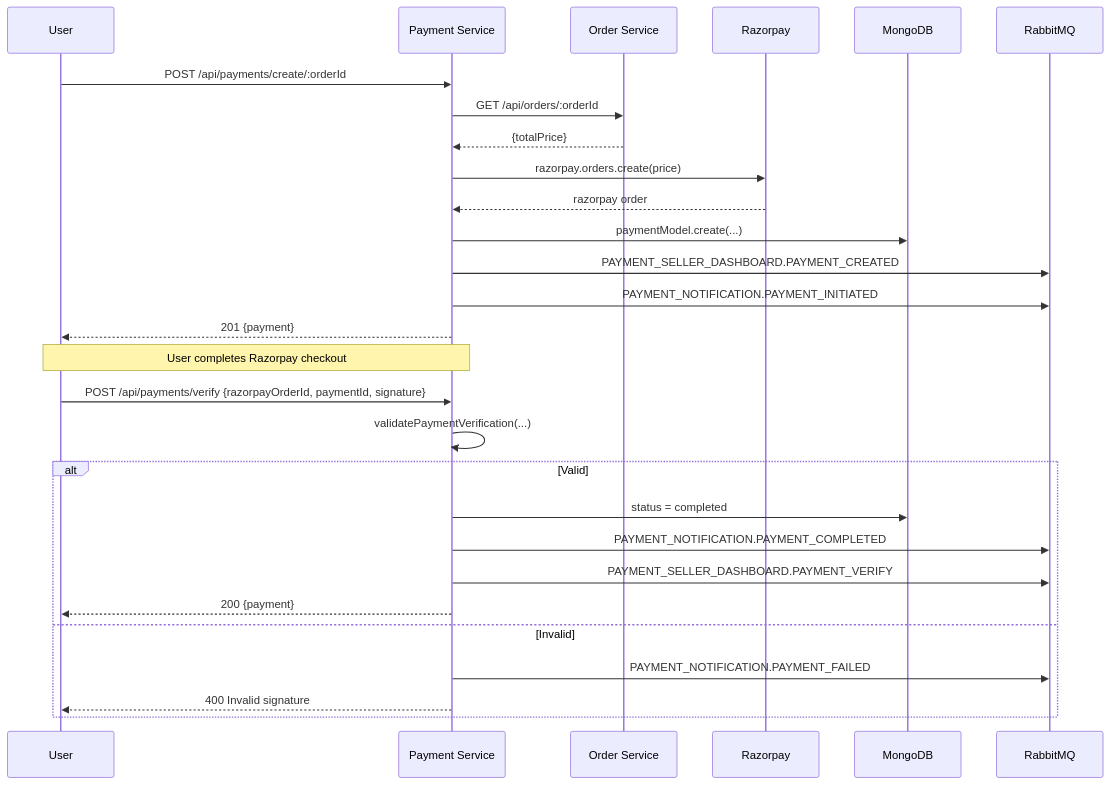
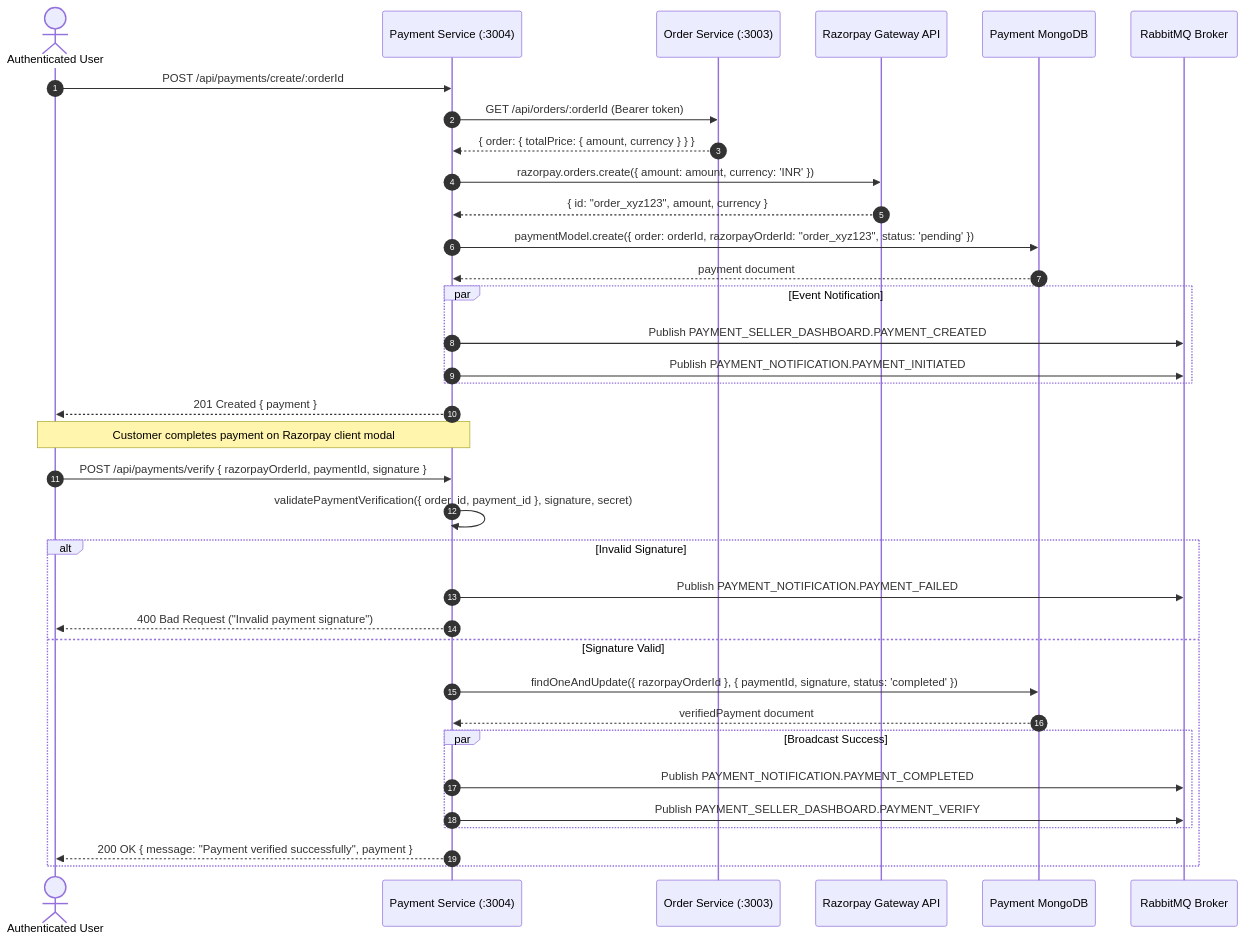
Diagram 11 of 17 in README.md (itsam-13/Vendora), drawn with Mermaid before and after one commit. The commit also changed other lines of this file, not shown here.

Commit message:
docs: update README.md with comprehensive microservices architecture and event topology

````diff
--- a/README.md
+++ b/README.md
@@ -658,33 +789,41 @@
 ```mermaid
 sequenceDiagram
-    participant U as User
-    participant Pay as Payment Service
-    participant O as Order Service
-    participant RZP as Razorpay
-    participant DB as MongoDB
-    participant MQ as RabbitMQ
+    autonumber
+    actor Customer as Authenticated User
+    participant Pay as Payment Service (:3004)
+    participant Order as Order Service (:3003)
+    participant RZP as Razorpay Gateway API
+    participant DB as Payment MongoDB
+    participant MQ as RabbitMQ Broker
 
-    U->>Pay: POST /api/payments/create/:orderId
-    Pay->>O: GET /api/orders/:orderId
-    O-->>Pay: {totalPrice}
-    Pay->>RZP: razorpay.orders.create(price)
-    RZP-->>Pay: razorpay order
-    Pay->>DB: paymentModel.create(...)
-    Pay->>MQ: PAYMENT_SELLER_DASHBOARD.PAYMENT_CREATED
-    Pay->>MQ: PAYMENT_NOTIFICATION.PAYMENT_INITIATED
-    Pay-->>U: 201 {payment}
+    %% Flow 1: Create Payment
+    Customer->>Pay: POST /api/payments/create/:orderId
+    Pay->>Order: GET /api/orders/:orderId (Bearer token)
+    Order-->>Pay: { order: { totalPrice: { amount, currency } } }
+    Pay->>RZP: razorpay.orders.create({ amount: amount, currency: 'INR' })
+    RZP-->>Pay: { id: "order_xyz123", amount, currency }
+    Pay->>DB: paymentModel.create({ order: orderId, razorpayOrderId: "order_xyz123", status: 'pending' })
+    DB-->>Pay: payment document
+    par Event Notification
+        Pay->>MQ: Publish PAYMENT_SELLER_DASHBOARD.PAYMENT_CREATED
+        Pay->>MQ: Publish PAYMENT_NOTIFICATION.PAYMENT_INITIATED
+    end
+    Pay-->>Customer: 201 Created { payment }
 
-    Note over U,Pay: User completes Razorpay checkout
-
-    U->>Pay: POST /api/payments/verify {razorpayOrderId, paymentId, signature}
-    Pay->>Pay: validatePaymentVerification(...)
-    alt Valid
-        Pay->>DB: status = completed
-        Pay->>MQ: PAYMENT_NOTIFICATION.PAYMENT_COMPLETED
-        Pay->>MQ: PAYMENT_SELLER_DASHBOARD.PAYMENT_VERIFY
-        Pay-->>U: 200 {payment}
-    else Invalid
-        Pay->>MQ: PAYMENT_NOTIFICATION.PAYMENT_FAILED
-        Pay-->>U: 400 Invalid signature
+    %% Flow 2: Client Checkout & Signature Verification
+    Note over Customer,Pay: Customer completes payment on Razorpay client modal
+    Customer->>Pay: POST /api/payments/verify { razorpayOrderId, paymentId, signature }
+    Pay->>Pay: validatePaymentVerification({ order_id, payment_id }, signature, secret)
+    alt Invalid Signature
+        Pay->>MQ: Publish PAYMENT_NOTIFICATION.PAYMENT_FAILED
+        Pay-->>Customer: 400 Bad Request ("Invalid payment signature")
+    else Signature Valid
+        Pay->>DB: findOneAndUpdate({ razorpayOrderId }, { paymentId, signature, status: 'completed' })
+        DB-->>Pay: verifiedPayment document
+        par Broadcast Success
+            Pay->>MQ: Publish PAYMENT_NOTIFICATION.PAYMENT_COMPLETED
+            Pay->>MQ: Publish PAYMENT_SELLER_DASHBOARD.PAYMENT_VERIFY
+        end
+        Pay-->>Customer: 200 OK { message: "Payment verified successfully", payment }
     end
 ```
````
